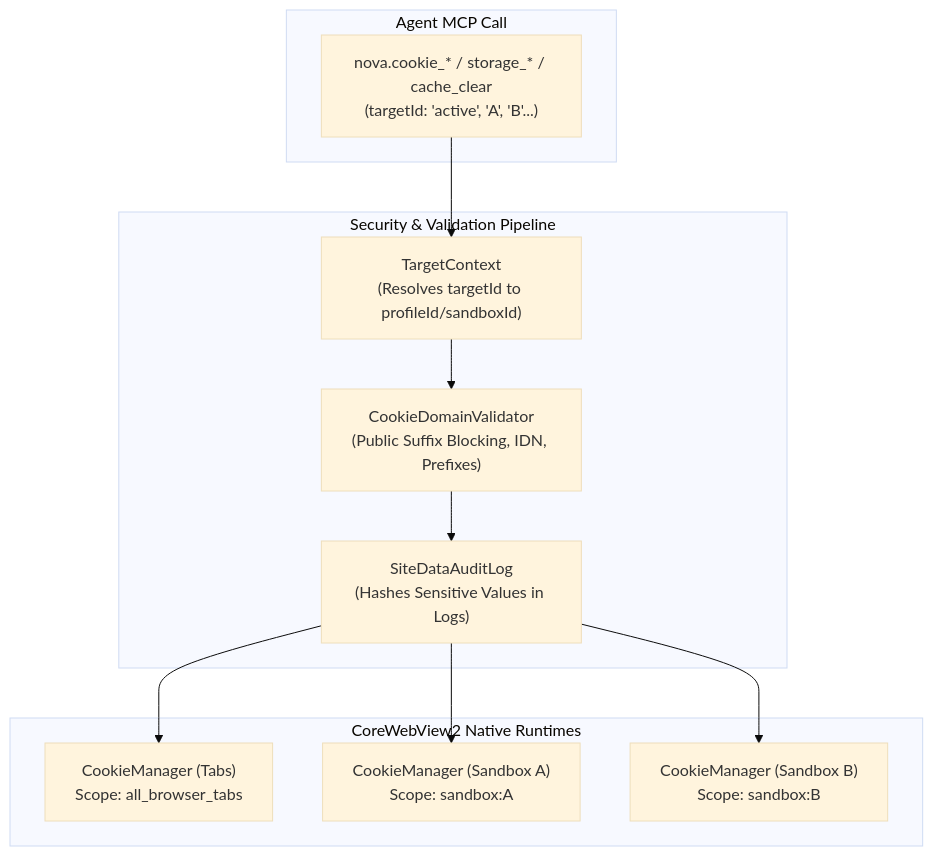
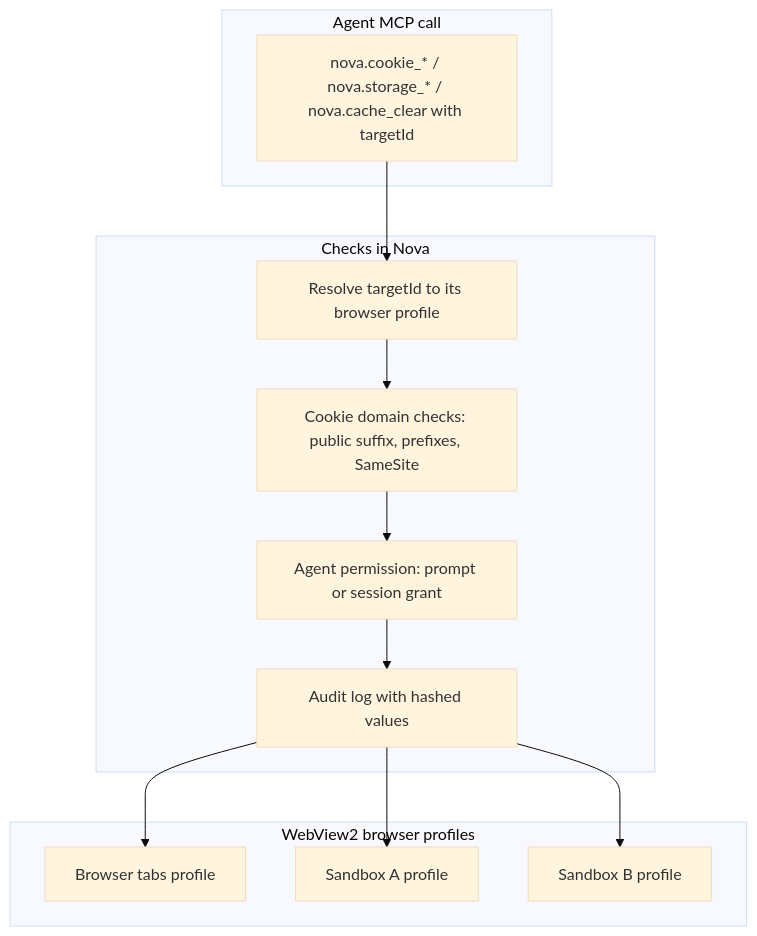
Before and after one commit to joelaniol/nova: the diagram in docs/core-features/site-data-management.md, drawn with Mermaid (base theme). The commit also changed other lines of this file and 495 other files, not shown here.

````diff
--- a/docs/core-features/site-data-management.md
+++ b/docs/core-features/site-data-management.md
@@ -21,32 +21,27 @@
 ```mermaid
 flowchart TD
-    subgraph AgentCall["Agent MCP Call"]
-        Tool["nova.cookie_* / storage_* / cache_clear
-(targetId: 'active', 'A', 'B'...)"]
+    subgraph AgentCall["Agent MCP call"]
+        Tool["nova.cookie_* / nova.storage_* / nova.cache_clear with targetId"]
     end
 
-    subgraph SecurityLayer["Security & Validation Pipeline"]
-        Scope["TargetContext
-(Resolves targetId to profileId/sandboxId)"]
-        Validator["CookieDomainValidator
-(Public Suffix Blocking, IDN, Prefixes)"]
-        Audit["SiteDataAuditLog
-(Hashes Sensitive Values in Logs)"]
+    subgraph SecurityLayer["Checks in Nova"]
+        Scope["Resolve targetId to its browser profile"]
+        Validator["Cookie domain checks: public suffix, prefixes, SameSite"]
+        Gate["Agent permission: prompt or session grant"]
+        Audit["Audit log with hashed values"]
     end
 
-    subgraph CoreWebView2["CoreWebView2 Native Runtimes"]
-        ManagerTabs["CookieManager (Tabs)
-Scope: all_browser_tabs"]
-        ManagerA["CookieManager (Sandbox A)
-Scope: sandbox:A"]
-        ManagerB["CookieManager (Sandbox B)
-Scope: sandbox:B"]
+    subgraph Profiles["WebView2 browser profiles"]
+        ManagerTabs["Browser tabs profile"]
+        ManagerA["Sandbox A profile"]
+        ManagerB["Sandbox B profile"]
     end
 
     Tool --> Scope
     Scope --> Validator
-    Validator --> Audit
+    Validator --> Gate
+    Gate --> Audit
     Audit --> ManagerTabs
     Audit --> ManagerA
     Audit --> ManagerB
 ```
````
